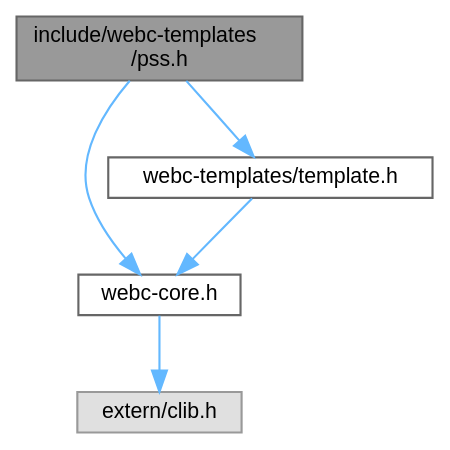
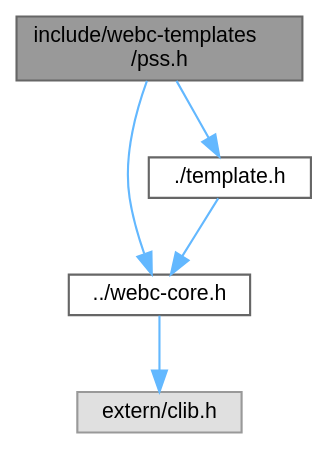
The diagram in docs/pss_8h__incl.dot (KDesp73/webc-docs), drawn with Graphviz before and after one commit. The commit also changed 46 other files, not shown here.

```diff
--- a/docs/pss_8h__incl.dot
+++ b/docs/pss_8h__incl.dot
@@ -1,15 +1,15 @@
 digraph "include/webc-templates/pss.h"
 {
  // LATEX_PDF_SIZE
   bgcolor="transparent";
   edge [fontname=Helvetica,fontsize=10,labelfontname=Helvetica,labelfontsize=10];
   node [fontname=Helvetica,fontsize=10,shape=box,height=0.2,width=0.4];
   Node1 [id="Node000001",label="include/webc-templates\l/pss.h",height=0.2,width=0.4,color="gray40", fillcolor="grey60", style="filled", fontcolor="black",tooltip=" "];
   Node1 -> Node2 [id="edge1_Node000001_Node000002",color="steelblue1",style="solid",tooltip=" "];
-  Node2 [id="Node000002",label="webc-core.h",height=0.2,width=0.4,color="grey40", fillcolor="white", style="filled",URL="$webc-core_8h.html",tooltip=" "];
+  Node2 [id="Node000002",label="../webc-core.h",height=0.2,width=0.4,color="grey40", fillcolor="white", style="filled",URL="$webc-core_8h.html",tooltip=" "];
   Node2 -> Node3 [id="edge2_Node000002_Node000003",color="steelblue1",style="solid",tooltip=" "];
   Node3 [id="Node000003",label="extern/clib.h",height=0.2,width=0.4,color="grey60", fillcolor="#E0E0E0", style="filled",tooltip=" "];
   Node1 -> Node4 [id="edge3_Node000001_Node000004",color="steelblue1",style="solid",tooltip=" "];
-  Node4 [id="Node000004",label="webc-templates/template.h",height=0.2,width=0.4,color="grey40", fillcolor="white", style="filled",URL="$template_8h.html",tooltip=" "];
+  Node4 [id="Node000004",label="./template.h",height=0.2,width=0.4,color="grey40", fillcolor="white", style="filled",URL="$template_8h.html",tooltip=" "];
   Node4 -> Node2 [id="edge4_Node000004_Node000002",color="steelblue1",style="solid",tooltip=" "];
 }
```
